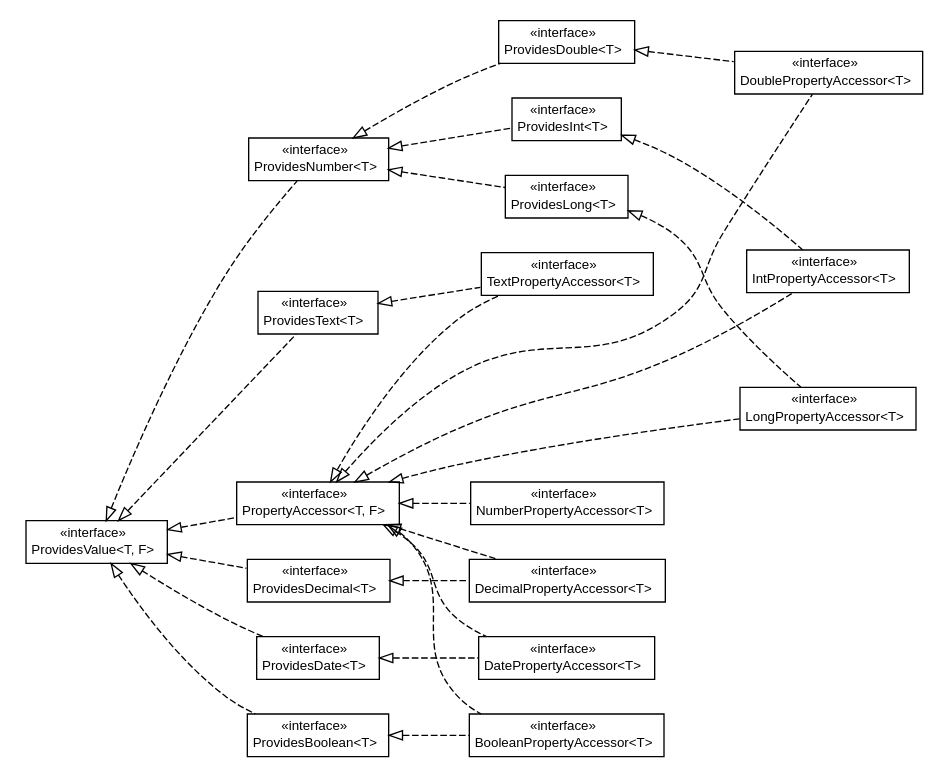
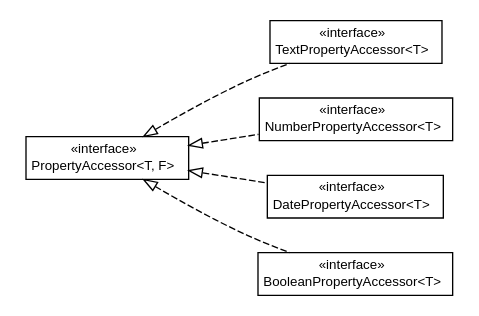
One commit to growbit/turbogwt-databind changed the diagram in javadoc/apidocs/org/turbogwt/mvp/databind/client/property/org.turbogwt.mvp.databind.client.property.dot. Above: the diagram before and after it, drawn with Graphviz. The commit also changed 147 other files, not shown here.

```diff
--- a/javadoc/apidocs/org/turbogwt/mvp/databind/client/property/org.turbogwt.mvp.databind.client.property.dot
+++ b/javadoc/apidocs/org/turbogwt/mvp/databind/client/property/org.turbogwt.mvp.databind.client.property.dot
@@ -11,177 +11,46 @@
 	ranksep=0.5;
 	rankdir=LR;
 	// org.turbogwt.mvp.databind.client.property.TextPropertyAccessor<T>
-	c103 [label=<<table title="org.turbogwt.mvp.databind.client.property.TextPropertyAccessor" border="0" cellborder="1" cellspacing="0" cellpadding="2" port="p" href="./TextPropertyAccessor.html">
+	c77 [label=<<table title="org.turbogwt.mvp.databind.client.property.TextPropertyAccessor" border="0" cellborder="1" cellspacing="0" cellpadding="2" port="p" href="./TextPropertyAccessor.html">
 		<tr><td><table border="0" cellspacing="0" cellpadding="1">
 <tr><td align="center" balign="center"> &#171;interface&#187; </td></tr>
 <tr><td align="center" balign="center"> TextPropertyAccessor&lt;T&gt; </td></tr>
 		</table></td></tr>
 		</table>>, URL="./TextPropertyAccessor.html", fontname="arial", fontcolor="black", fontsize=10.0];
-	// org.turbogwt.mvp.databind.client.property.ProvidesValue<T, F>
-	c104 [label=<<table title="org.turbogwt.mvp.databind.client.property.ProvidesValue" border="0" cellborder="1" cellspacing="0" cellpadding="2" port="p" href="./ProvidesValue.html">
-		<tr><td><table border="0" cellspacing="0" cellpadding="1">
-<tr><td align="center" balign="center"> &#171;interface&#187; </td></tr>
-<tr><td align="center" balign="center"> ProvidesValue&lt;T, F&gt; </td></tr>
-		</table></td></tr>
-		</table>>, URL="./ProvidesValue.html", fontname="arial", fontcolor="black", fontsize=10.0];
-	// org.turbogwt.mvp.databind.client.property.ProvidesText<T>
-	c105 [label=<<table title="org.turbogwt.mvp.databind.client.property.ProvidesText" border="0" cellborder="1" cellspacing="0" cellpadding="2" port="p" href="./ProvidesText.html">
-		<tr><td><table border="0" cellspacing="0" cellpadding="1">
-<tr><td align="center" balign="center"> &#171;interface&#187; </td></tr>
-<tr><td align="center" balign="center"> ProvidesText&lt;T&gt; </td></tr>
-		</table></td></tr>
-		</table>>, URL="./ProvidesText.html", fontname="arial", fontcolor="black", fontsize=10.0];
-	// org.turbogwt.mvp.databind.client.property.ProvidesNumber<T>
-	c106 [label=<<table title="org.turbogwt.mvp.databind.client.property.ProvidesNumber" border="0" cellborder="1" cellspacing="0" cellpadding="2" port="p" href="./ProvidesNumber.html">
-		<tr><td><table border="0" cellspacing="0" cellpadding="1">
-<tr><td align="center" balign="center"> &#171;interface&#187; </td></tr>
-<tr><td align="center" balign="center"> ProvidesNumber&lt;T&gt; </td></tr>
-		</table></td></tr>
-		</table>>, URL="./ProvidesNumber.html", fontname="arial", fontcolor="black", fontsize=10.0];
-	// org.turbogwt.mvp.databind.client.property.ProvidesLong<T>
-	c107 [label=<<table title="org.turbogwt.mvp.databind.client.property.ProvidesLong" border="0" cellborder="1" cellspacing="0" cellpadding="2" port="p" href="./ProvidesLong.html">
-		<tr><td><table border="0" cellspacing="0" cellpadding="1">
-<tr><td align="center" balign="center"> &#171;interface&#187; </td></tr>
-<tr><td align="center" balign="center"> ProvidesLong&lt;T&gt; </td></tr>
-		</table></td></tr>
-		</table>>, URL="./ProvidesLong.html", fontname="arial", fontcolor="black", fontsize=10.0];
-	// org.turbogwt.mvp.databind.client.property.ProvidesInt<T>
-	c108 [label=<<table title="org.turbogwt.mvp.databind.client.property.ProvidesInt" border="0" cellborder="1" cellspacing="0" cellpadding="2" port="p" href="./ProvidesInt.html">
-		<tr><td><table border="0" cellspacing="0" cellpadding="1">
-<tr><td align="center" balign="center"> &#171;interface&#187; </td></tr>
-<tr><td align="center" balign="center"> ProvidesInt&lt;T&gt; </td></tr>
-		</table></td></tr>
-		</table>>, URL="./ProvidesInt.html", fontname="arial", fontcolor="black", fontsize=10.0];
-	// org.turbogwt.mvp.databind.client.property.ProvidesDouble<T>
-	c109 [label=<<table title="org.turbogwt.mvp.databind.client.property.ProvidesDouble" border="0" cellborder="1" cellspacing="0" cellpadding="2" port="p" href="./ProvidesDouble.html">
-		<tr><td><table border="0" cellspacing="0" cellpadding="1">
-<tr><td align="center" balign="center"> &#171;interface&#187; </td></tr>
-<tr><td align="center" balign="center"> ProvidesDouble&lt;T&gt; </td></tr>
-		</table></td></tr>
-		</table>>, URL="./ProvidesDouble.html", fontname="arial", fontcolor="black", fontsize=10.0];
-	// org.turbogwt.mvp.databind.client.property.ProvidesDecimal<T>
-	c110 [label=<<table title="org.turbogwt.mvp.databind.client.property.ProvidesDecimal" border="0" cellborder="1" cellspacing="0" cellpadding="2" port="p" href="./ProvidesDecimal.html">
-		<tr><td><table border="0" cellspacing="0" cellpadding="1">
-<tr><td align="center" balign="center"> &#171;interface&#187; </td></tr>
-<tr><td align="center" balign="center"> ProvidesDecimal&lt;T&gt; </td></tr>
-		</table></td></tr>
-		</table>>, URL="./ProvidesDecimal.html", fontname="arial", fontcolor="black", fontsize=10.0];
-	// org.turbogwt.mvp.databind.client.property.ProvidesDate<T>
-	c111 [label=<<table title="org.turbogwt.mvp.databind.client.property.ProvidesDate" border="0" cellborder="1" cellspacing="0" cellpadding="2" port="p" href="./ProvidesDate.html">
-		<tr><td><table border="0" cellspacing="0" cellpadding="1">
-<tr><td align="center" balign="center"> &#171;interface&#187; </td></tr>
-<tr><td align="center" balign="center"> ProvidesDate&lt;T&gt; </td></tr>
-		</table></td></tr>
-		</table>>, URL="./ProvidesDate.html", fontname="arial", fontcolor="black", fontsize=10.0];
-	// org.turbogwt.mvp.databind.client.property.ProvidesBoolean<T>
-	c112 [label=<<table title="org.turbogwt.mvp.databind.client.property.ProvidesBoolean" border="0" cellborder="1" cellspacing="0" cellpadding="2" port="p" href="./ProvidesBoolean.html">
-		<tr><td><table border="0" cellspacing="0" cellpadding="1">
-<tr><td align="center" balign="center"> &#171;interface&#187; </td></tr>
-<tr><td align="center" balign="center"> ProvidesBoolean&lt;T&gt; </td></tr>
-		</table></td></tr>
-		</table>>, URL="./ProvidesBoolean.html", fontname="arial", fontcolor="black", fontsize=10.0];
 	// org.turbogwt.mvp.databind.client.property.PropertyAccessor<T, F>
-	c113 [label=<<table title="org.turbogwt.mvp.databind.client.property.PropertyAccessor" border="0" cellborder="1" cellspacing="0" cellpadding="2" port="p" href="./PropertyAccessor.html">
+	c78 [label=<<table title="org.turbogwt.mvp.databind.client.property.PropertyAccessor" border="0" cellborder="1" cellspacing="0" cellpadding="2" port="p" href="./PropertyAccessor.html">
 		<tr><td><table border="0" cellspacing="0" cellpadding="1">
 <tr><td align="center" balign="center"> &#171;interface&#187; </td></tr>
 <tr><td align="center" balign="center"> PropertyAccessor&lt;T, F&gt; </td></tr>
 		</table></td></tr>
 		</table>>, URL="./PropertyAccessor.html", fontname="arial", fontcolor="black", fontsize=10.0];
 	// org.turbogwt.mvp.databind.client.property.NumberPropertyAccessor<T>
-	c114 [label=<<table title="org.turbogwt.mvp.databind.client.property.NumberPropertyAccessor" border="0" cellborder="1" cellspacing="0" cellpadding="2" port="p" href="./NumberPropertyAccessor.html">
+	c79 [label=<<table title="org.turbogwt.mvp.databind.client.property.NumberPropertyAccessor" border="0" cellborder="1" cellspacing="0" cellpadding="2" port="p" href="./NumberPropertyAccessor.html">
 		<tr><td><table border="0" cellspacing="0" cellpadding="1">
 <tr><td align="center" balign="center"> &#171;interface&#187; </td></tr>
 <tr><td align="center" balign="center"> NumberPropertyAccessor&lt;T&gt; </td></tr>
 		</table></td></tr>
 		</table>>, URL="./NumberPropertyAccessor.html", fontname="arial", fontcolor="black", fontsize=10.0];
-	// org.turbogwt.mvp.databind.client.property.LongPropertyAccessor<T>
-	c115 [label=<<table title="org.turbogwt.mvp.databind.client.property.LongPropertyAccessor" border="0" cellborder="1" cellspacing="0" cellpadding="2" port="p" href="./LongPropertyAccessor.html">
-		<tr><td><table border="0" cellspacing="0" cellpadding="1">
-<tr><td align="center" balign="center"> &#171;interface&#187; </td></tr>
-<tr><td align="center" balign="center"> LongPropertyAccessor&lt;T&gt; </td></tr>
-		</table></td></tr>
-		</table>>, URL="./LongPropertyAccessor.html", fontname="arial", fontcolor="black", fontsize=10.0];
-	// org.turbogwt.mvp.databind.client.property.IntPropertyAccessor<T>
-	c116 [label=<<table title="org.turbogwt.mvp.databind.client.property.IntPropertyAccessor" border="0" cellborder="1" cellspacing="0" cellpadding="2" port="p" href="./IntPropertyAccessor.html">
-		<tr><td><table border="0" cellspacing="0" cellpadding="1">
-<tr><td align="center" balign="center"> &#171;interface&#187; </td></tr>
-<tr><td align="center" balign="center"> IntPropertyAccessor&lt;T&gt; </td></tr>
-		</table></td></tr>
-		</table>>, URL="./IntPropertyAccessor.html", fontname="arial", fontcolor="black", fontsize=10.0];
-	// org.turbogwt.mvp.databind.client.property.DoublePropertyAccessor<T>
-	c117 [label=<<table title="org.turbogwt.mvp.databind.client.property.DoublePropertyAccessor" border="0" cellborder="1" cellspacing="0" cellpadding="2" port="p" href="./DoublePropertyAccessor.html">
-		<tr><td><table border="0" cellspacing="0" cellpadding="1">
-<tr><td align="center" balign="center"> &#171;interface&#187; </td></tr>
-<tr><td align="center" balign="center"> DoublePropertyAccessor&lt;T&gt; </td></tr>
-		</table></td></tr>
-		</table>>, URL="./DoublePropertyAccessor.html", fontname="arial", fontcolor="black", fontsize=10.0];
-	// org.turbogwt.mvp.databind.client.property.DecimalPropertyAccessor<T>
-	c118 [label=<<table title="org.turbogwt.mvp.databind.client.property.DecimalPropertyAccessor" border="0" cellborder="1" cellspacing="0" cellpadding="2" port="p" href="./DecimalPropertyAccessor.html">
-		<tr><td><table border="0" cellspacing="0" cellpadding="1">
-<tr><td align="center" balign="center"> &#171;interface&#187; </td></tr>
-<tr><td align="center" balign="center"> DecimalPropertyAccessor&lt;T&gt; </td></tr>
-		</table></td></tr>
-		</table>>, URL="./DecimalPropertyAccessor.html", fontname="arial", fontcolor="black", fontsize=10.0];
 	// org.turbogwt.mvp.databind.client.property.DatePropertyAccessor<T>
-	c119 [label=<<table title="org.turbogwt.mvp.databind.client.property.DatePropertyAccessor" border="0" cellborder="1" cellspacing="0" cellpadding="2" port="p" href="./DatePropertyAccessor.html">
+	c80 [label=<<table title="org.turbogwt.mvp.databind.client.property.DatePropertyAccessor" border="0" cellborder="1" cellspacing="0" cellpadding="2" port="p" href="./DatePropertyAccessor.html">
 		<tr><td><table border="0" cellspacing="0" cellpadding="1">
 <tr><td align="center" balign="center"> &#171;interface&#187; </td></tr>
 <tr><td align="center" balign="center"> DatePropertyAccessor&lt;T&gt; </td></tr>
 		</table></td></tr>
 		</table>>, URL="./DatePropertyAccessor.html", fontname="arial", fontcolor="black", fontsize=10.0];
 	// org.turbogwt.mvp.databind.client.property.BooleanPropertyAccessor<T>
-	c120 [label=<<table title="org.turbogwt.mvp.databind.client.property.BooleanPropertyAccessor" border="0" cellborder="1" cellspacing="0" cellpadding="2" port="p" href="./BooleanPropertyAccessor.html">
+	c81 [label=<<table title="org.turbogwt.mvp.databind.client.property.BooleanPropertyAccessor" border="0" cellborder="1" cellspacing="0" cellpadding="2" port="p" href="./BooleanPropertyAccessor.html">
 		<tr><td><table border="0" cellspacing="0" cellpadding="1">
 <tr><td align="center" balign="center"> &#171;interface&#187; </td></tr>
 <tr><td align="center" balign="center"> BooleanPropertyAccessor&lt;T&gt; </td></tr>
 		</table></td></tr>
 		</table>>, URL="./BooleanPropertyAccessor.html", fontname="arial", fontcolor="black", fontsize=10.0];
 	//org.turbogwt.mvp.databind.client.property.TextPropertyAccessor<T> implements org.turbogwt.mvp.databind.client.property.PropertyAccessor<T, F>
-	c113:p -> c103:p [dir=back,arrowtail=empty,style=dashed];
-	//org.turbogwt.mvp.databind.client.property.TextPropertyAccessor<T> implements org.turbogwt.mvp.databind.client.property.ProvidesText<T>
-	c105:p -> c103:p [dir=back,arrowtail=empty,style=dashed];
-	//org.turbogwt.mvp.databind.client.property.ProvidesText<T> implements org.turbogwt.mvp.databind.client.property.ProvidesValue<T, F>
-	c104:p -> c105:p [dir=back,arrowtail=empty,style=dashed];
-	//org.turbogwt.mvp.databind.client.property.ProvidesNumber<T> implements org.turbogwt.mvp.databind.client.property.ProvidesValue<T, F>
-	c104:p -> c106:p [dir=back,arrowtail=empty,style=dashed];
-	//org.turbogwt.mvp.databind.client.property.ProvidesLong<T> implements org.turbogwt.mvp.databind.client.property.ProvidesNumber<T>
-	c106:p -> c107:p [dir=back,arrowtail=empty,style=dashed];
-	//org.turbogwt.mvp.databind.client.property.ProvidesInt<T> implements org.turbogwt.mvp.databind.client.property.ProvidesNumber<T>
-	c106:p -> c108:p [dir=back,arrowtail=empty,style=dashed];
-	//org.turbogwt.mvp.databind.client.property.ProvidesDouble<T> implements org.turbogwt.mvp.databind.client.property.ProvidesNumber<T>
-	c106:p -> c109:p [dir=back,arrowtail=empty,style=dashed];
-	//org.turbogwt.mvp.databind.client.property.ProvidesDecimal<T> implements org.turbogwt.mvp.databind.client.property.ProvidesValue<T, F>
-	c104:p -> c110:p [dir=back,arrowtail=empty,style=dashed];
-	//org.turbogwt.mvp.databind.client.property.ProvidesDate<T> implements org.turbogwt.mvp.databind.client.property.ProvidesValue<T, F>
-	c104:p -> c111:p [dir=back,arrowtail=empty,style=dashed];
-	//org.turbogwt.mvp.databind.client.property.ProvidesBoolean<T> implements org.turbogwt.mvp.databind.client.property.ProvidesValue<T, F>
-	c104:p -> c112:p [dir=back,arrowtail=empty,style=dashed];
-	//org.turbogwt.mvp.databind.client.property.PropertyAccessor<T, F> implements org.turbogwt.mvp.databind.client.property.ProvidesValue<T, F>
-	c104:p -> c113:p [dir=back,arrowtail=empty,style=dashed];
+	c78:p -> c77:p [dir=back,arrowtail=empty,style=dashed];
 	//org.turbogwt.mvp.databind.client.property.NumberPropertyAccessor<T> implements org.turbogwt.mvp.databind.client.property.PropertyAccessor<T, F>
-	c113:p -> c114:p [dir=back,arrowtail=empty,style=dashed];
-	//org.turbogwt.mvp.databind.client.property.LongPropertyAccessor<T> implements org.turbogwt.mvp.databind.client.property.PropertyAccessor<T, F>
-	c113:p -> c115:p [dir=back,arrowtail=empty,style=dashed];
-	//org.turbogwt.mvp.databind.client.property.LongPropertyAccessor<T> implements org.turbogwt.mvp.databind.client.property.ProvidesLong<T>
-	c107:p -> c115:p [dir=back,arrowtail=empty,style=dashed];
-	//org.turbogwt.mvp.databind.client.property.IntPropertyAccessor<T> implements org.turbogwt.mvp.databind.client.property.PropertyAccessor<T, F>
-	c113:p -> c116:p [dir=back,arrowtail=empty,style=dashed];
-	//org.turbogwt.mvp.databind.client.property.IntPropertyAccessor<T> implements org.turbogwt.mvp.databind.client.property.ProvidesInt<T>
-	c108:p -> c116:p [dir=back,arrowtail=empty,style=dashed];
-	//org.turbogwt.mvp.databind.client.property.DoublePropertyAccessor<T> implements org.turbogwt.mvp.databind.client.property.PropertyAccessor<T, F>
-	c113:p -> c117:p [dir=back,arrowtail=empty,style=dashed];
-	//org.turbogwt.mvp.databind.client.property.DoublePropertyAccessor<T> implements org.turbogwt.mvp.databind.client.property.ProvidesDouble<T>
-	c109:p -> c117:p [dir=back,arrowtail=empty,style=dashed];
-	//org.turbogwt.mvp.databind.client.property.DecimalPropertyAccessor<T> implements org.turbogwt.mvp.databind.client.property.PropertyAccessor<T, F>
-	c113:p -> c118:p [dir=back,arrowtail=empty,style=dashed];
-	//org.turbogwt.mvp.databind.client.property.DecimalPropertyAccessor<T> implements org.turbogwt.mvp.databind.client.property.ProvidesDecimal<T>
-	c110:p -> c118:p [dir=back,arrowtail=empty,style=dashed];
+	c78:p -> c79:p [dir=back,arrowtail=empty,style=dashed];
 	//org.turbogwt.mvp.databind.client.property.DatePropertyAccessor<T> implements org.turbogwt.mvp.databind.client.property.PropertyAccessor<T, F>
-	c113:p -> c119:p [dir=back,arrowtail=empty,style=dashed];
-	//org.turbogwt.mvp.databind.client.property.DatePropertyAccessor<T> implements org.turbogwt.mvp.databind.client.property.ProvidesDate<T>
-	c111:p -> c119:p [dir=back,arrowtail=empty,style=dashed];
+	c78:p -> c80:p [dir=back,arrowtail=empty,style=dashed];
 	//org.turbogwt.mvp.databind.client.property.BooleanPropertyAccessor<T> implements org.turbogwt.mvp.databind.client.property.PropertyAccessor<T, F>
-	c113:p -> c120:p [dir=back,arrowtail=empty,style=dashed];
-	//org.turbogwt.mvp.databind.client.property.BooleanPropertyAccessor<T> implements org.turbogwt.mvp.databind.client.property.ProvidesBoolean<T>
-	c112:p -> c120:p [dir=back,arrowtail=empty,style=dashed];
+	c78:p -> c81:p [dir=back,arrowtail=empty,style=dashed];
 }
```
